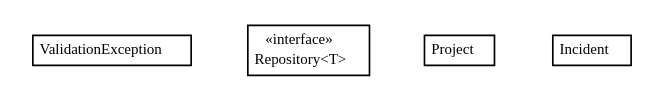
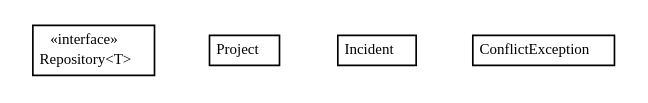
Before and after one commit to myunusov/pm: the diagram in components/apidocs/org/maxur/perfmodel/backend/domain/org.maxur.perfmodel.backend.domain.dot, drawn with Graphviz. The commit also changed 395 other files, not shown here.

```diff
--- a/components/apidocs/org/maxur/perfmodel/backend/domain/org.maxur.perfmodel.backend.domain.dot
+++ b/components/apidocs/org/maxur/perfmodel/backend/domain/org.maxur.perfmodel.backend.domain.dot
@@ -1,37 +1,37 @@
 #!/usr/local/bin/dot
 #
 # Class diagram 
 # Generated by UMLGraph version R5_6-24-gf6e263 (http://www.umlgraph.org/)
 #
 
 digraph G {
 	edge [fontname="Trebuchet MS",fontsize=10,labelfontname="Trebuchet MS",labelfontsize=10];
 	node [fontname="Trebuchet MS",fontsize=10,shape=plaintext];
 	nodesep=0.25;
 	ranksep=0.5;
-	// org.maxur.perfmodel.backend.domain.ValidationException
-	c0 [label=<<table title="org.maxur.perfmodel.backend.domain.ValidationException" border="0" cellborder="1" cellspacing="0" cellpadding="2" port="p" href="./ValidationException.html">
-		<tr><td><table border="0" cellspacing="0" cellpadding="1">
-<tr><td align="center" balign="center"><font face="Trebuchet MS"> ValidationException </font></td></tr>
-		</table></td></tr>
-		</table>>, URL="./ValidationException.html", fontname="Trebuchet MS", fontcolor="black", fontsize=9.0];
 	// org.maxur.perfmodel.backend.domain.Repository<T>
-	c1 [label=<<table title="org.maxur.perfmodel.backend.domain.Repository" border="0" cellborder="1" cellspacing="0" cellpadding="2" port="p" href="./Repository.html">
+	c34 [label=<<table title="org.maxur.perfmodel.backend.domain.Repository" border="0" cellborder="1" cellspacing="0" cellpadding="2" port="p" href="./Repository.html">
 		<tr><td><table border="0" cellspacing="0" cellpadding="1">
 <tr><td align="center" balign="center"> &#171;interface&#187; </td></tr>
 <tr><td align="center" balign="center"><font face="Trebuchet MS"> Repository&lt;T&gt; </font></td></tr>
 		</table></td></tr>
 		</table>>, URL="./Repository.html", fontname="Trebuchet MS", fontcolor="black", fontsize=9.0];
 	// org.maxur.perfmodel.backend.domain.Project
-	c2 [label=<<table title="org.maxur.perfmodel.backend.domain.Project" border="0" cellborder="1" cellspacing="0" cellpadding="2" port="p" href="./Project.html">
+	c35 [label=<<table title="org.maxur.perfmodel.backend.domain.Project" border="0" cellborder="1" cellspacing="0" cellpadding="2" port="p" href="./Project.html">
 		<tr><td><table border="0" cellspacing="0" cellpadding="1">
 <tr><td align="center" balign="center"><font face="Trebuchet MS"> Project </font></td></tr>
 		</table></td></tr>
 		</table>>, URL="./Project.html", fontname="Trebuchet MS", fontcolor="black", fontsize=9.0];
 	// org.maxur.perfmodel.backend.domain.Incident
-	c3 [label=<<table title="org.maxur.perfmodel.backend.domain.Incident" border="0" cellborder="1" cellspacing="0" cellpadding="2" port="p" href="./Incident.html">
+	c36 [label=<<table title="org.maxur.perfmodel.backend.domain.Incident" border="0" cellborder="1" cellspacing="0" cellpadding="2" port="p" href="./Incident.html">
 		<tr><td><table border="0" cellspacing="0" cellpadding="1">
 <tr><td align="center" balign="center"><font face="Trebuchet MS"> Incident </font></td></tr>
 		</table></td></tr>
 		</table>>, URL="./Incident.html", fontname="Trebuchet MS", fontcolor="black", fontsize=9.0];
+	// org.maxur.perfmodel.backend.domain.ConflictException
+	c37 [label=<<table title="org.maxur.perfmodel.backend.domain.ConflictException" border="0" cellborder="1" cellspacing="0" cellpadding="2" port="p" href="./ConflictException.html">
+		<tr><td><table border="0" cellspacing="0" cellpadding="1">
+<tr><td align="center" balign="center"><font face="Trebuchet MS"> ConflictException </font></td></tr>
+		</table></td></tr>
+		</table>>, URL="./ConflictException.html", fontname="Trebuchet MS", fontcolor="black", fontsize=9.0];
 }
```
